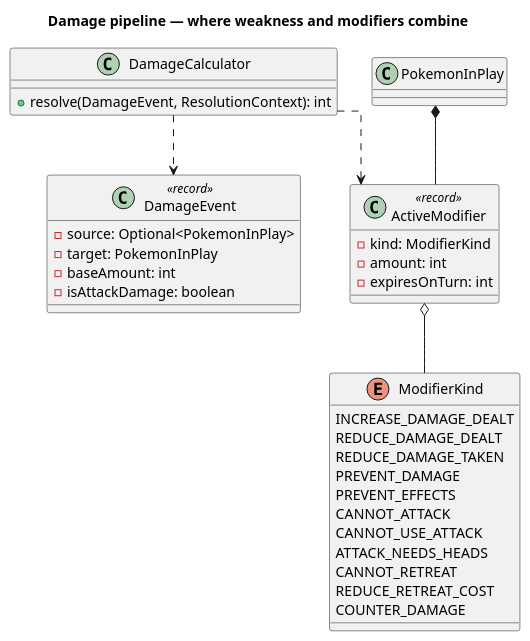
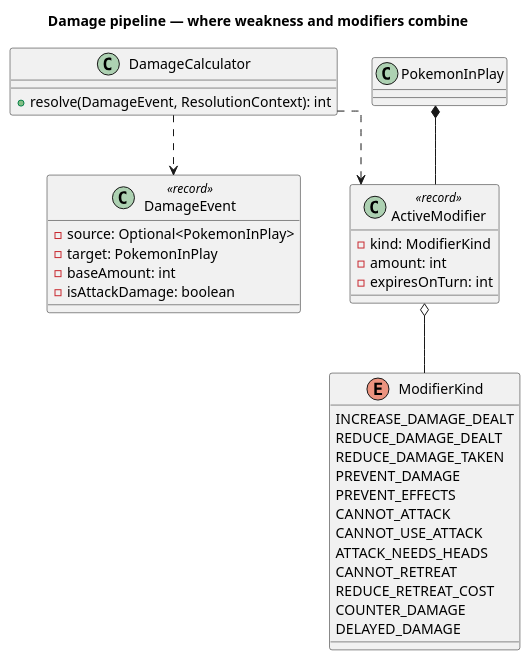
One commit to Richie-Moon/TCGPocketBattler changed the first of 2 diagrams in docs/UML/Damage.puml. Above: the diagram before and after it, drawn with PlantUML. The commit also changed 48 other files, not shown here.

```diff
--- a/docs/UML/Damage.puml
+++ b/docs/UML/Damage.puml
@@ -1,54 +1,55 @@
 @startuml
 title Damage pipeline — where weakness and modifiers combine
 
 skinparam linetype ortho
 
 /'
   DealDamage names only an amount and a target, so weakness, ReduceDamageTaken,
   ReduceDamageDealt and IncreaseDamage had nowhere to meet, and IDurationEffect's `duration` had
   nowhere to be stored. Both are fixed here.
 '/
 
 class DamageEvent <<record>> {
     - source: Optional<PokemonInPlay>
     - target: PokemonInPlay
     - baseAmount: int
     /' False for spread/bench damage and for between-turns poison and burn,
        which skip weakness and most modifiers. '/
     - isAttackDamage: boolean
 }
 
 class DamageCalculator {
     + resolve(DamageEvent, ResolutionContext): int
 }
 
 /'
   Installed on PokemonInPlay by an IDurationEffect and expired between turns.
   This is the storage that IDurationEffect previously lacked.
 '/
 class ActiveModifier <<record>> {
     - kind: ModifierKind
     - amount: int
     - expiresOnTurn: int
 }
 
 enum ModifierKind {
     INCREASE_DAMAGE_DEALT
     REDUCE_DAMAGE_DEALT
     REDUCE_DAMAGE_TAKEN
     PREVENT_DAMAGE
     PREVENT_EFFECTS
     CANNOT_ATTACK
     CANNOT_USE_ATTACK
     ATTACK_NEEDS_HEADS
     CANNOT_RETREAT
     REDUCE_RETREAT_COST
     COUNTER_DAMAGE
+    DELAYED_DAMAGE
 }
 
 DamageCalculator ..> DamageEvent
 DamageCalculator ..> ActiveModifier
 ActiveModifier o-- ModifierKind
 PokemonInPlay *-- ActiveModifier
 
 @enduml
```
